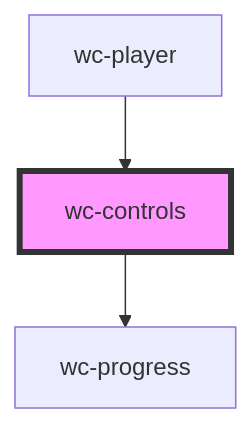
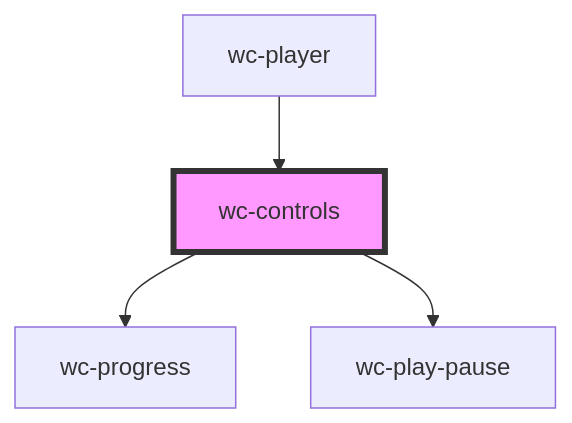
The diagram in packages/wcplayer-components/src/components/wc-controls/readme.md (iChengbo/wcplayer), drawn with Mermaid before and after one commit. The commit also changed other lines of this file and 6 other files, not shown here.

Commit message:
feat: move wc-play-pause into wc-controls

````diff
--- a/packages/wcplayer-components/src/components/wc-controls/readme.md
+++ b/packages/wcplayer-components/src/components/wc-controls/readme.md
@@ -34,6 +39,7 @@
 ```mermaid
 graph TD;
   wc-controls --> wc-progress
+  wc-controls --> wc-play-pause
   wc-player --> wc-controls
   style wc-controls fill:#f9f,stroke:#333,stroke-width:4px
 ```
````
